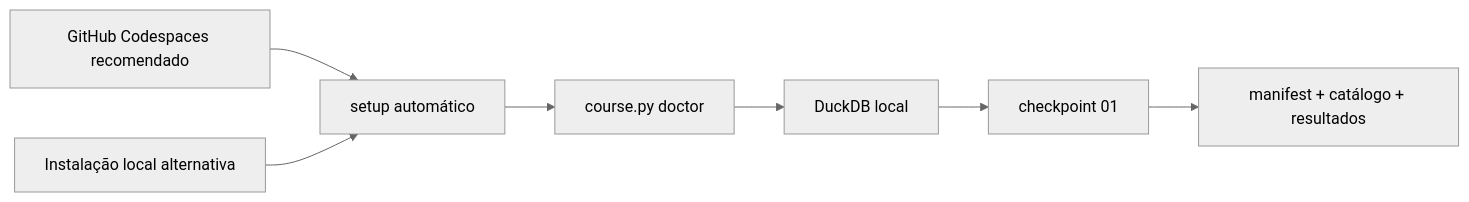
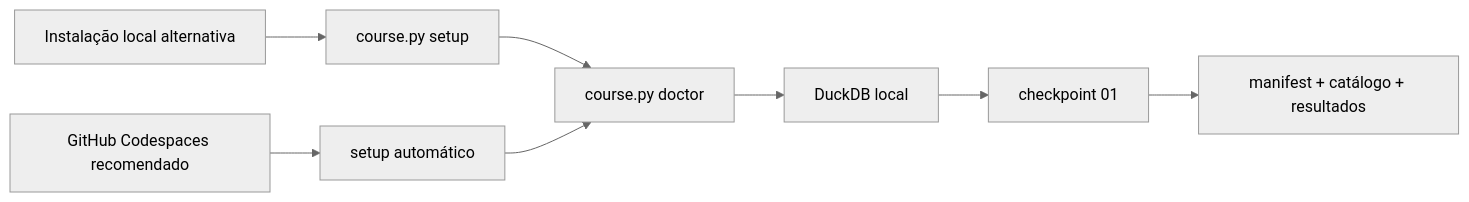
The diagram in docs/aula-00.md (AnselmoBorges/dbt-moderno-na-pratica), drawn with Mermaid (neutral theme) before and after one commit. The commit also changed other lines of this file and 42 other files, not shown here.

````diff
--- a/docs/aula-00.md
+++ b/docs/aula-00.md
@@ -9,9 +9,10 @@
 ```mermaid
 flowchart LR
     A[GitHub Codespaces recomendado] --> B[setup automático]
-    L[Instalação local alternativa] --> B
+    L[Instalação local alternativa] --> M[course.py setup]
+    M --> C
     B --> C[course.py doctor]
     C --> D[DuckDB local]
     D --> E[checkpoint 01]
     E --> F[manifest + catálogo + resultados]
 ```
````
